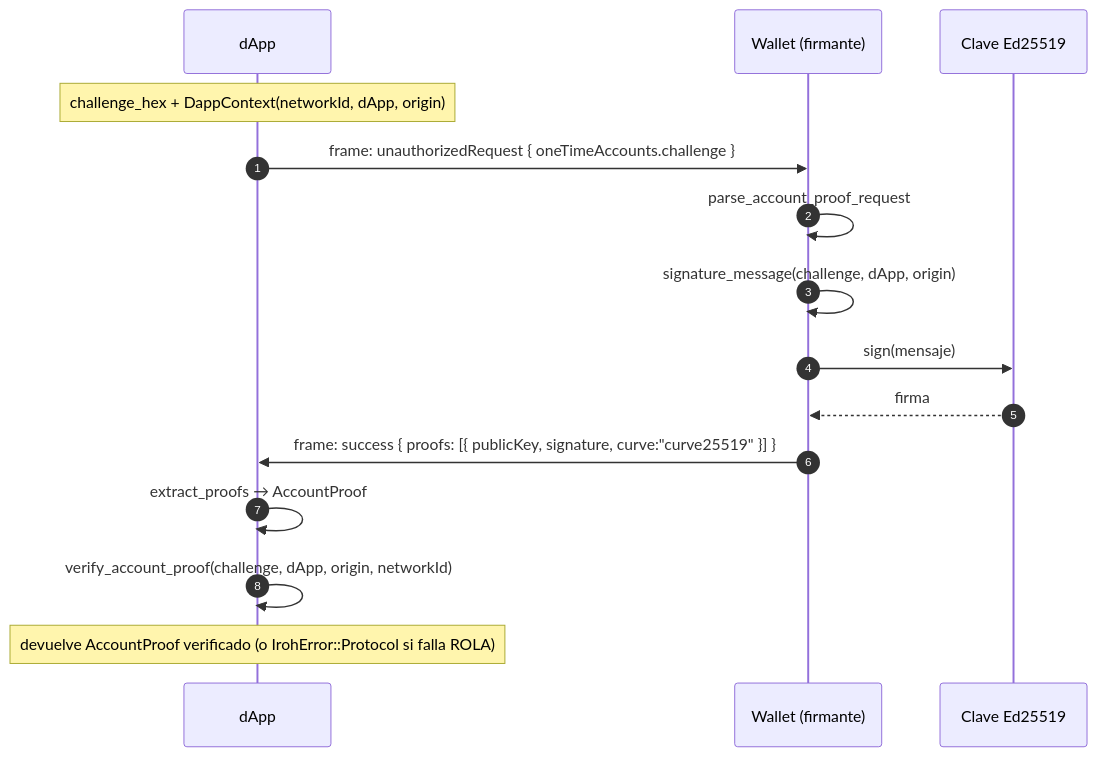
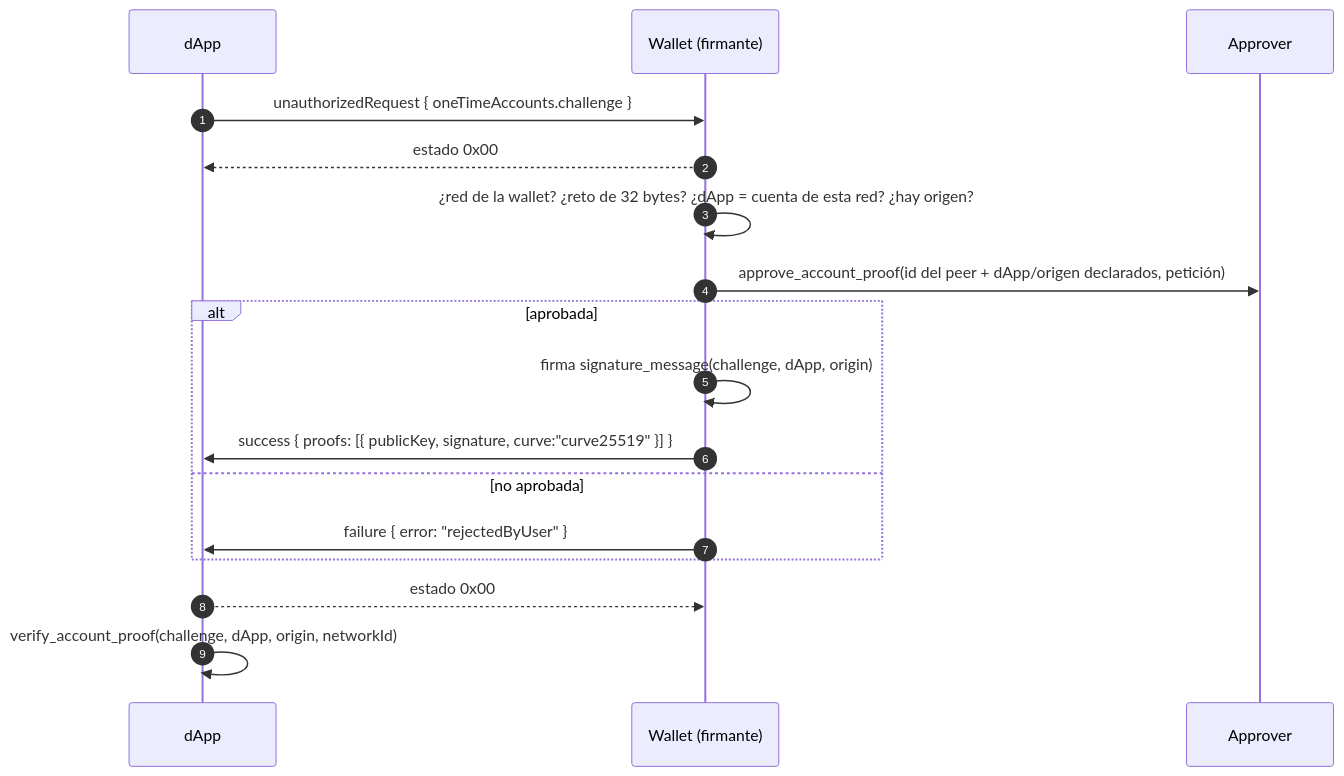
One commit to genkipool/radixdlt-rust-sdk changed the second of 4 diagrams in crates/connect-iroh/docs/PROTOCOL.es.md. Above: the diagram before and after it, drawn with Mermaid. The commit also changed other lines of this file and 13 other files, not shown here.

````diff
--- a/crates/connect-iroh/docs/PROTOCOL.es.md
+++ b/crates/connect-iroh/docs/PROTOCOL.es.md
@@ -179,18 +231,20 @@
 ```mermaid
 sequenceDiagram
     autonumber
     participant D as dApp
     participant W as Wallet (firmante)
-    participant K as Clave Ed25519
+    participant A as Approver
 
-    Note over D: challenge_hex + DappContext(networkId, dApp, origin)
-    D->>W: frame: unauthorizedRequest { oneTimeAccounts.challenge }
-    W->>W: parse_account_proof_request
-    W->>W: signature_message(challenge, dApp, origin)
-    W->>K: sign(mensaje)
-    K-->>W: firma
-    W->>D: frame: success { proofs: [{ publicKey, signature, curve:"curve25519" }] }
-    D->>D: extract_proofs → AccountProof
+    D->>W: unauthorizedRequest { oneTimeAccounts.challenge }
+    W-->>D: estado 0x00
+    W->>W: ¿red de la wallet? ¿reto de 32 bytes? ¿dApp = cuenta de esta red? ¿hay origen?
+    W->>A: approve_account_proof(id del peer + dApp/origen declarados, petición)
+    alt aprobada
+        W->>W: firma signature_message(challenge, dApp, origin)
+        W->>D: success { proofs: [{ publicKey, signature, curve:"curve25519" }] }
+    else no aprobada
+        W->>D: failure { error: "rejectedByUser" }
+    end
+    D-->>W: estado 0x00
     D->>D: verify_account_proof(challenge, dApp, origin, networkId)
-    Note over D: devuelve AccountProof verificado (o IrohError::Protocol si falla ROLA)
 ```
````
